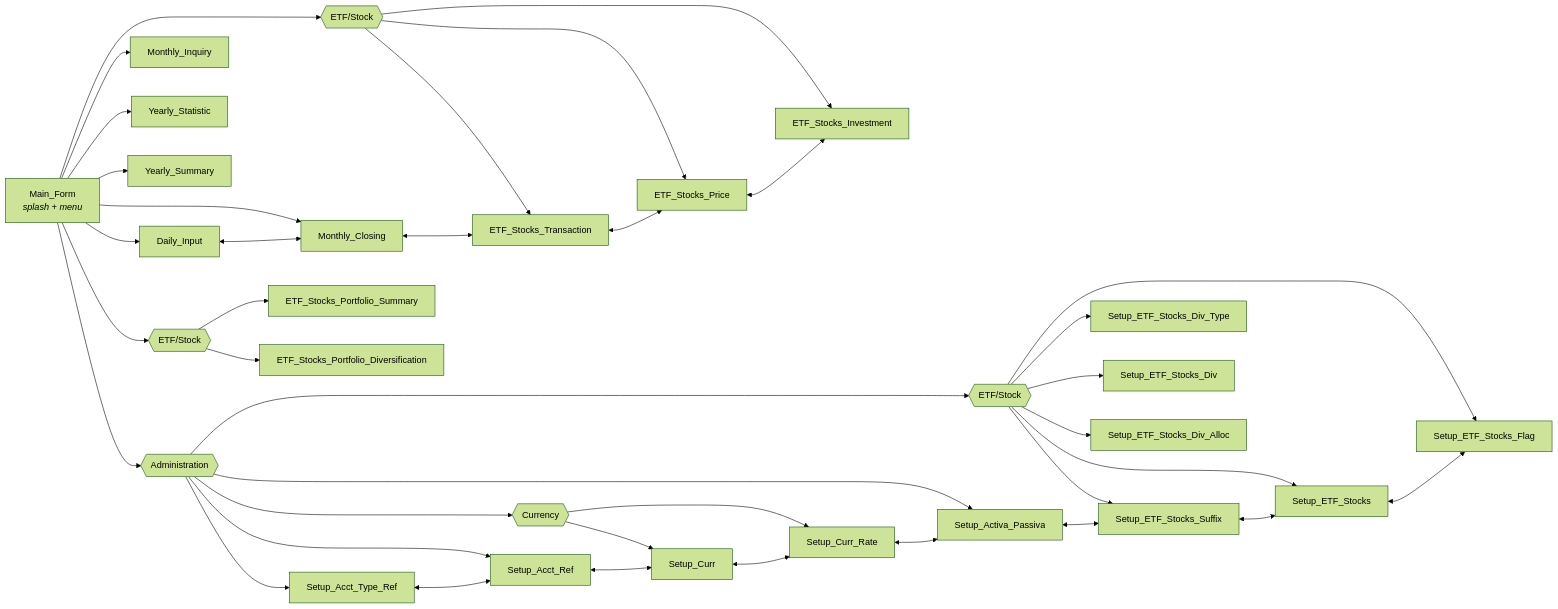
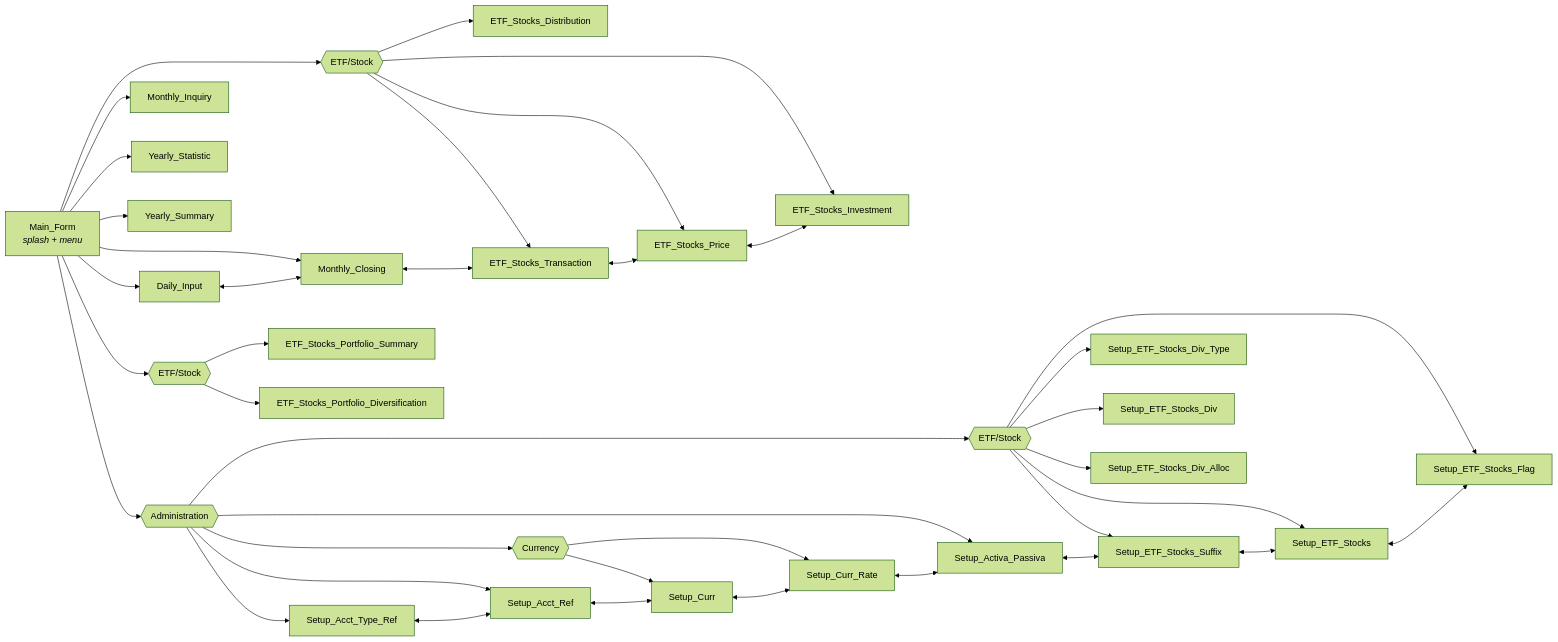
One commit to oscar-rijadi/FinancialBalance changed the second of 3 diagrams in README.md. Above: the diagram before and after it, drawn with Mermaid (forest theme). The commit also changed other lines of this file and 46 other files, not shown here.

````diff
--- a/README.md
+++ b/README.md
@@ -101,45 +101,46 @@
 ```mermaid
 flowchart LR
     MAIN["Main_Form<br/><i>splash + menu</i>"]
 
     MAIN --> DI["Daily_Input"]
     MAIN --> MC["Monthly_Closing"]
     MAIN --> PETFG{{"ETF/Stock"}}
     PETFG --> ETP["ETF_Stocks_Price"]
     PETFG --> ETI["ETF_Stocks_Investment"]
+    PETFG --> ETD["ETF_Stocks_Distribution"]
     PETFG --> ETX["ETF_Stocks_Transaction"]
     MAIN --> MI["Monthly_Inquiry"]
     MAIN --> YT["Yearly_Statistic"]
     MAIN --> YS["Yearly_Summary"]
     MAIN --> PORTG{{"ETF/Stock"}}
     PORTG --> PSUM["ETF_Stocks_Portfolio_Summary"]
     PORTG --> PDIV["ETF_Stocks_Portfolio_Diversification"]
 
     MAIN --> ADMIN{{"Administration"}}
     ADMIN --> SATR["Setup_Acct_Type_Ref"]
     ADMIN --> SAR["Setup_Acct_Ref"]
     ADMIN --> CURG{{"Currency"}}
     CURG --> SC["Setup_Curr"]
     CURG --> SCR["Setup_Curr_Rate"]
     ADMIN --> SAP["Setup_Activa_Passiva"]
     ADMIN --> ETFG{{"ETF/Stock"}}
     ETFG --> SES["Setup_ETF_Stocks_Suffix"]
     ETFG --> SET["Setup_ETF_Stocks"]
     ETFG --> SEF["Setup_ETF_Stocks_Flag"]
     ETFG --> SDT["Setup_ETF_Stocks_Div_Type"]
     ETFG --> SDV["Setup_ETF_Stocks_Div"]
     ETFG --> SDA["Setup_ETF_Stocks_Div_Alloc"]
 
     DI <--> MC
     MC <--> ETX
     ETX <--> ETP
     ETP <--> ETI
 
     SATR <--> SAR
     SAR <--> SC
     SC <--> SCR
     SCR <--> SAP
     SAP <--> SES
     SES <--> SET
     SET <--> SEF
 ```
````
